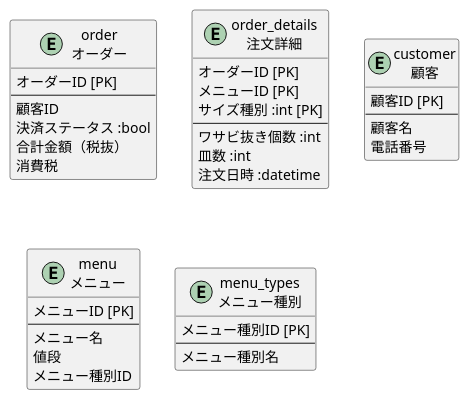
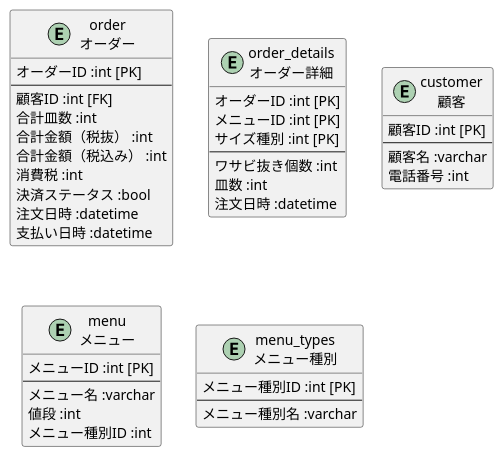
The diagram in database/db-modeling-1/pu/tables.pu (UejoTaiki/praha-challenge), drawn with PlantUML before and after one commit. The commit also changed 3 other files, not shown here.

```diff
--- a/database/db-modeling-1/pu/tables.pu
+++ b/database/db-modeling-1/pu/tables.pu
@@ -1,45 +1,49 @@
 @startuml tables
 
 entity order as "order\nオーダー" {
-  オーダーID [PK]
+  オーダーID :int [PK]
   --
-  顧客ID
+  顧客ID :int [FK]
+  合計皿数 :int
+  合計金額（税抜） :int
+  合計金額（税込み） :int
+  消費税 :int
   決済ステータス :bool
-  合計金額（税抜）
-  消費税
+  注文日時 :datetime
+  支払い日時 :datetime
 }
 
-entity order_details as "order_details\n注文詳細" {
-  オーダーID [PK]
-  メニューID [PK]
+entity order_details as "order_details\nオーダー詳細" {
+  オーダーID :int [PK]
+  メニューID :int [PK]
   サイズ種別 :int [PK]
   --
   ワサビ抜き個数 :int
   皿数 :int
   注文日時 :datetime
 }
 
 entity customer as "customer\n顧客" {
-  顧客ID [PK]
+  顧客ID :int [PK]
   --
-  顧客名
-  電話番号
+  顧客名 :varchar
+  電話番号 :int
 }
 
 entity menu as "menu\nメニュー" {
-  メニューID [PK]
+  メニューID :int [PK]
   --
-  メニュー名
-  値段
-  メニュー種別ID
+  メニュー名 :varchar
+  値段 :int
+  メニュー種別ID :int
 }
 
 entity menu_types as "menu_types\nメニュー種別" {
-  メニュー種別ID [PK]
+  メニュー種別ID :int [PK]
   --
-  メニュー種別名
+  メニュー種別名 :varchar
 }
 
 
 
 @enduml
```
